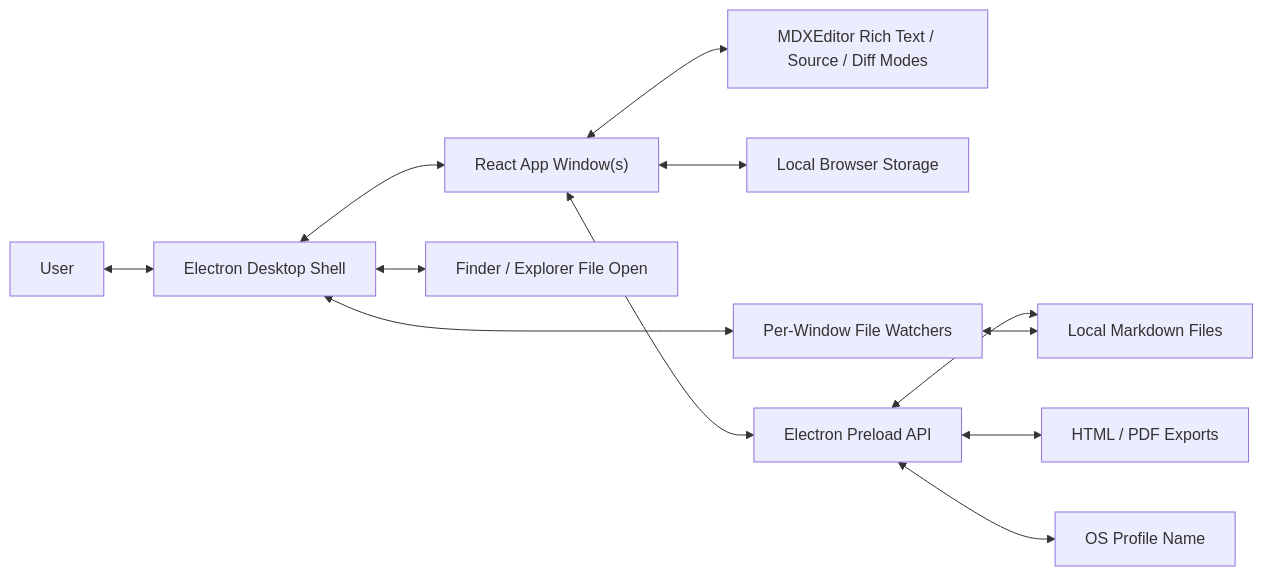
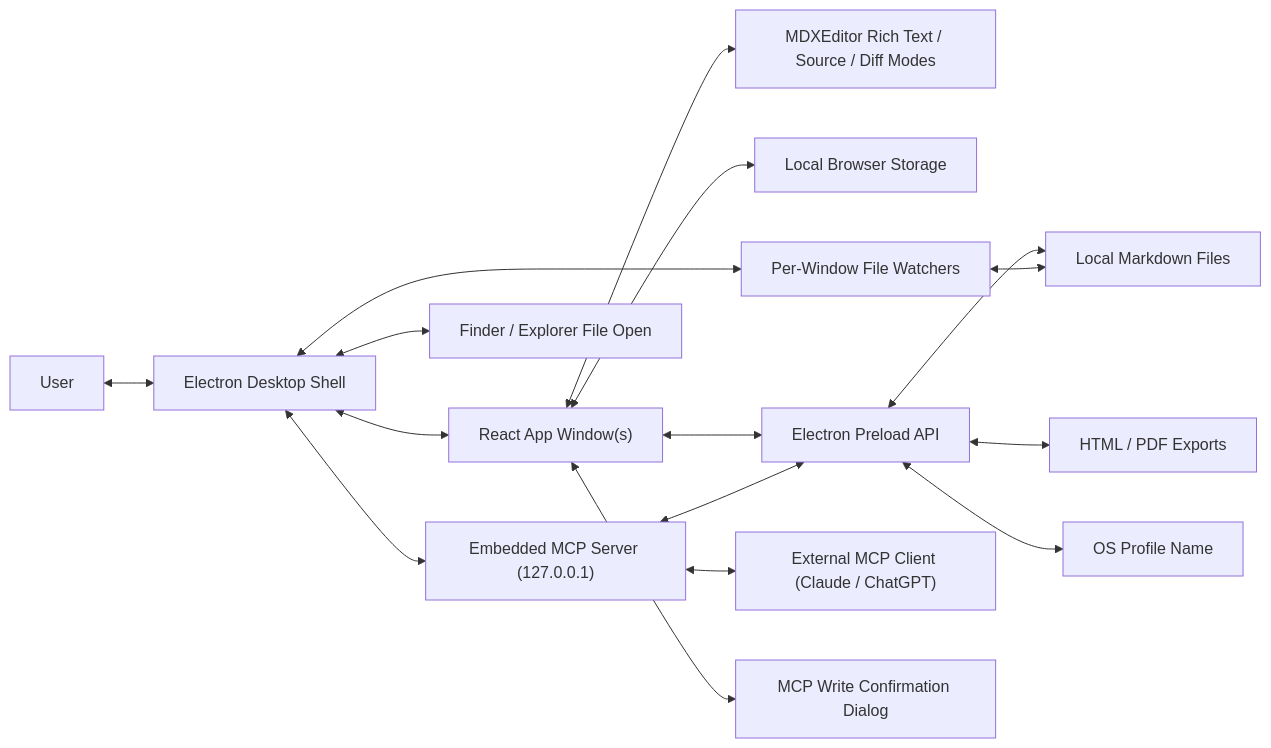
One commit to umpecca/nexus changed the diagram in ARCHITECTURE.md. Above: the diagram before and after it, drawn with Mermaid. The commit also changed other lines of this file and 24 other files, not shown here.

````diff
--- a/ARCHITECTURE.md
+++ b/ARCHITECTURE.md
@@ -44,14 +46,18 @@
 ```mermaid
 flowchart LR
     User["User"] <--> Shell["Electron Desktop Shell"]
     Shell <--> App["React App Window(s)"]
     App <--> Editor["MDXEditor Rich Text / Source / Diff Modes"]
     App <--> Storage["Local Browser Storage"]
     App <--> Bridge["Electron Preload API"]
     Bridge <--> Files["Local Markdown Files"]
     Bridge <--> Exports["HTML / PDF Exports"]
     Shell <--> Watcher["Per-Window File Watchers"]
     Watcher <--> Files
     Bridge <--> Profile["OS Profile Name"]
     Shell <--> OSOpen["Finder / Explorer File Open"]
+    Shell <--> McpServer["Embedded MCP Server (127.0.0.1)"]
+    McpServer <--> McpClient["External MCP Client (Claude / ChatGPT)"]
+    McpServer <--> Bridge
+    App <--> McpConfirm["MCP Write Confirmation Dialog"]
 ```
````
